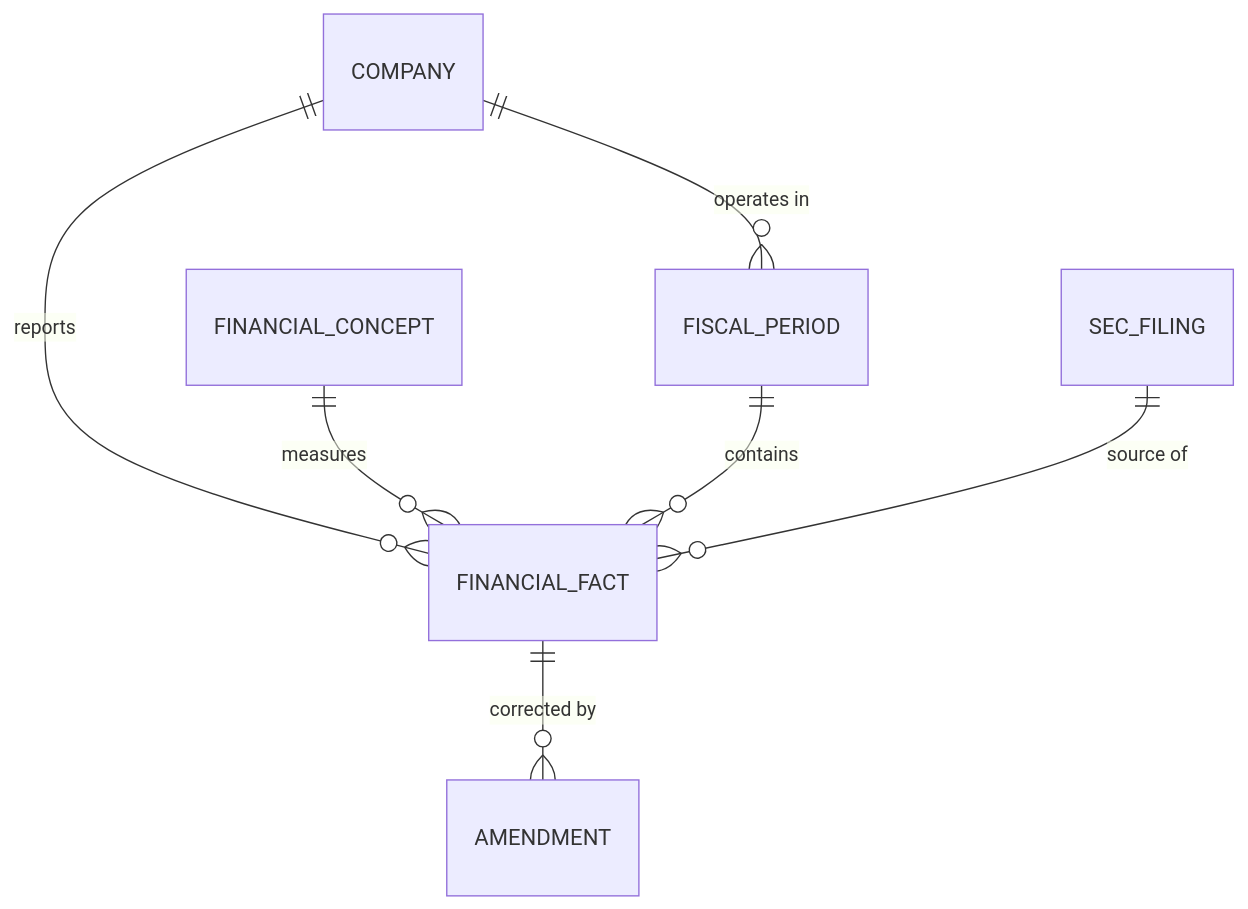
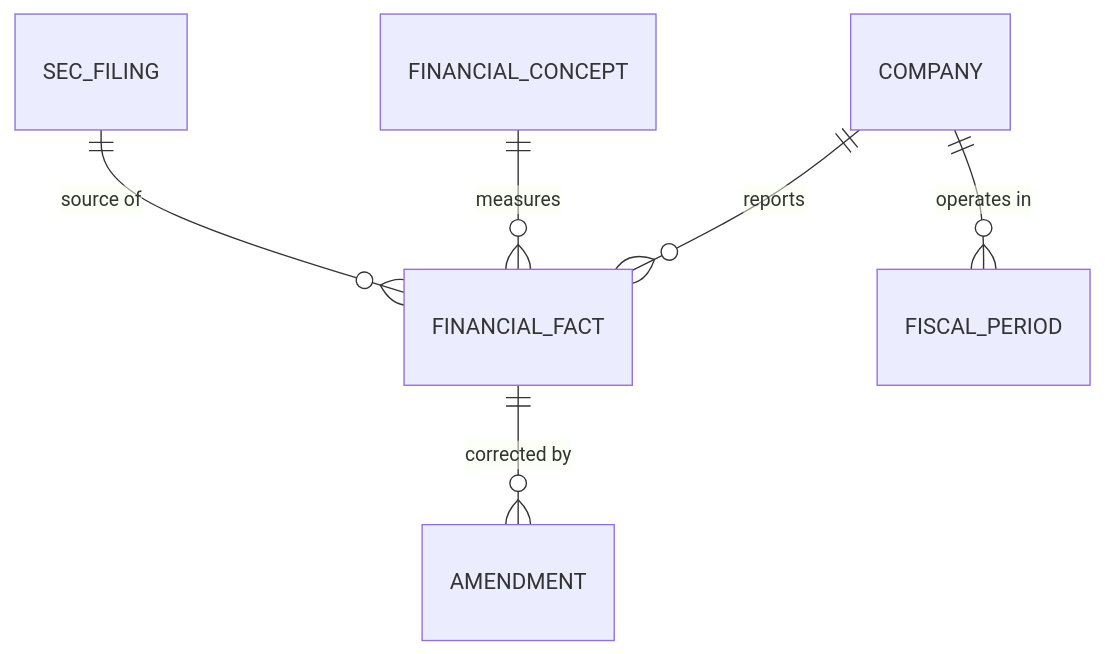
Before and after one commit to jcernauske/sec-edgair: the third of 8 diagrams in README.md, drawn with Mermaid. The commit also changed other lines of this file, not shown here.

````diff
--- a/README.md
+++ b/README.md
@@ -303,9 +207,8 @@
 ```mermaid
 erDiagram
     COMPANY ||--o{ FINANCIAL_FACT : "reports"
     FINANCIAL_CONCEPT ||--o{ FINANCIAL_FACT : "measures"
     COMPANY ||--o{ FISCAL_PERIOD : "operates in"
     FINANCIAL_FACT ||--o{ AMENDMENT : "corrected by"
-    FISCAL_PERIOD ||--o{ FINANCIAL_FACT : "contains"
     SEC_FILING ||--o{ FINANCIAL_FACT : "source of"
 ```
````
